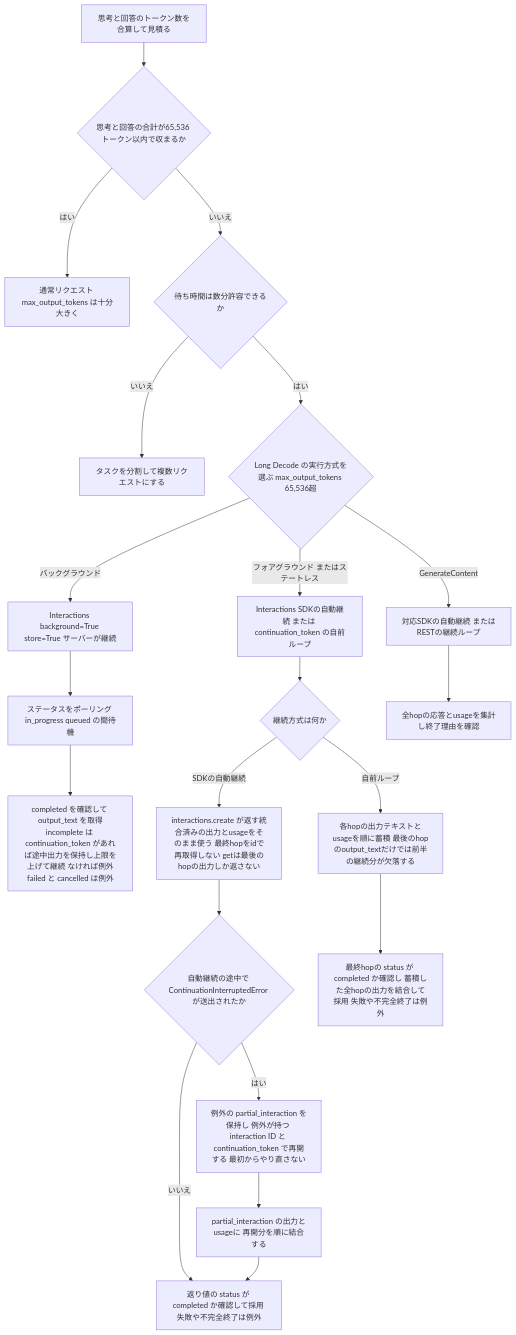
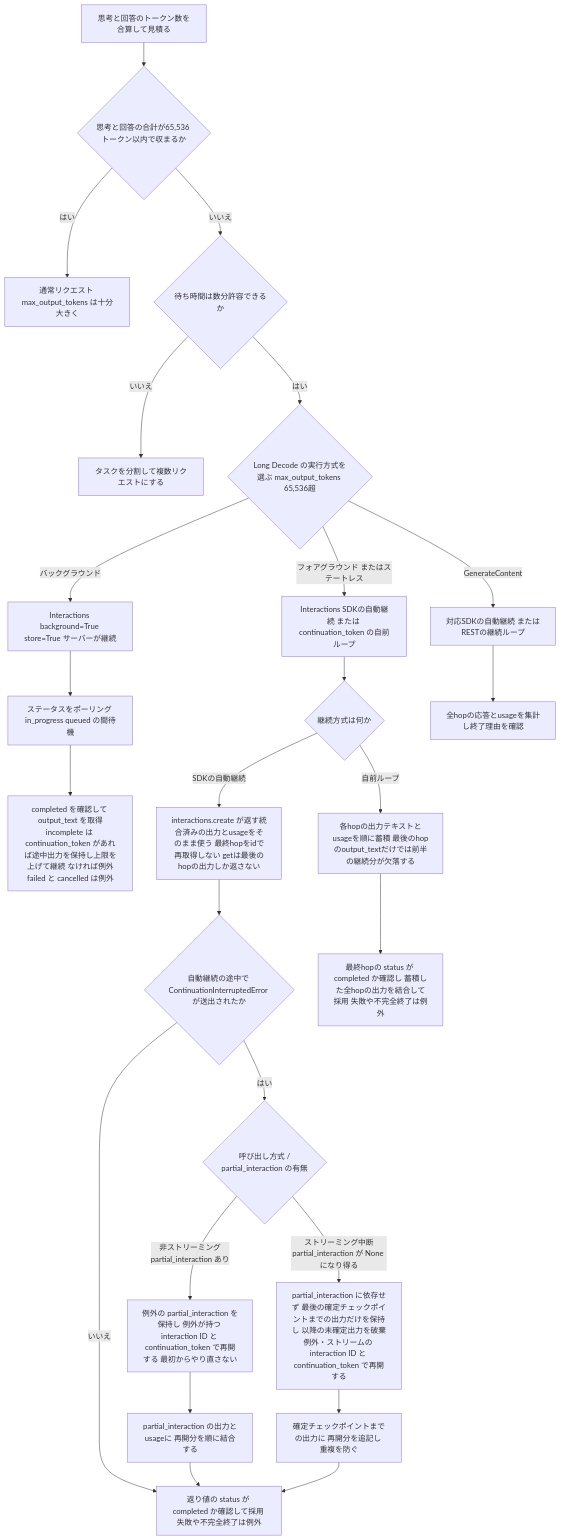
One commit to myoshi2891/Comparison-of-LLMs changed the fifth of 10 diagrams in Gemini-4-hydrogen-guide.md. Above: the diagram before and after it, drawn with Mermaid. The commit also changed other lines of this file and 2 other files, not shown here.

Commit message:
fix(docs): refine continuation recovery flows and decision wrapper plugin constraints in Gemini guides

````diff
--- a/Gemini-4-hydrogen-guide.md
+++ b/Gemini-4-hydrogen-guide.md
@@ -310,23 +310,27 @@
 ```mermaid
 flowchart TD
     A["思考と回答のトークン数を合算して見積る"] --> B{"思考と回答の合計が65,536 トークン以内で収まるか"}
     B -- "はい" --> C["通常リクエスト max_output_tokens は十分大きく"]
     B -- "いいえ" --> D{"待ち時間は数分許容できるか"}
     D -- "いいえ" --> E["タスクを分割して複数リクエストにする"]
     D -- "はい" --> MODE{"Long Decode の実行方式を選ぶ max_output_tokens 65,536超"}
     MODE -- "バックグラウンド" --> F["Interactions background=True store=True サーバーが継続"]
     MODE -- "フォアグラウンド またはステートレス" --> FG["Interactions SDKの自動継続 または continuation_token の自前ループ"]
     MODE -- "GenerateContent" --> GC["対応SDKの自動継続 またはRESTの継続ループ"]
     F --> G["ステータスをポーリング in_progress queued の間待機"]
     G --> H["completed を確認して output_text を取得<br/>incomplete は continuation_token があれば途中出力を保持し上限を上げて継続 なければ例外<br/>failed と cancelled は例外"]
     FG --> FGM{"継続方式は何か"}
     FGM -- "SDKの自動継続" --> AUTO["interactions.create が返す統合済みの出力とusageをそのまま使う 最終hopをidで再取得しない getは最後のhopの出力しか返さない"]
     AUTO --> AINT{"自動継続の途中で ContinuationInterruptedError が送出されたか"}
     AINT -- "いいえ" --> AUTOD["返り値の status が completed か確認して採用 失敗や不完全終了は例外"]
-    AINT -- "はい" --> ARES["例外の partial_interaction を保持し 例外が持つ interaction ID と continuation_token で再開する 最初からやり直さない"]
+    AINT -- "はい" --> AMODE{"呼び出し方式 /<br/>partial_interaction の有無"}
+    AMODE -- "非ストリーミング<br/>partial_interaction あり" --> ARES["例外の partial_interaction を保持し 例外が持つ interaction ID と continuation_token で再開する 最初からやり直さない"]
     ARES --> AJOIN["partial_interaction の出力とusageに 再開分を順に結合する"]
+    AMODE -- "ストリーミング中断<br/>partial_interaction が None になり得る" --> ASRES["partial_interaction に依存せず 最後の確定チェックポイントまでの出力だけを保持し 以降の未確定出力を破棄<br/>例外・ストリームの interaction ID と continuation_token で再開する"]
+    ASRES --> ASJOIN["確定チェックポイントまでの出力に 再開分を追記し 重複を防ぐ"]
     AJOIN --> AUTOD
+    ASJOIN --> AUTOD
     FGM -- "自前ループ" --> ACC["各hopの出力テキストとusageを順に蓄積 最後のhopのoutput_textだけでは前半の継続分が欠落する"]
     ACC --> FGD["最終hopの status が completed か確認し 蓄積した全hopの出力を結合して採用 失敗や不完全終了は例外"]
     GC --> RESULT["全hopの応答とusageを集計し終了理由を確認"]
 ```
````
